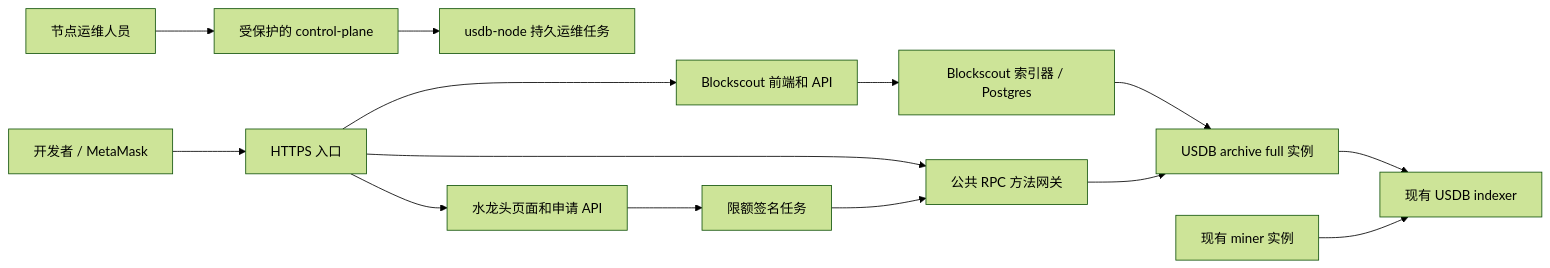
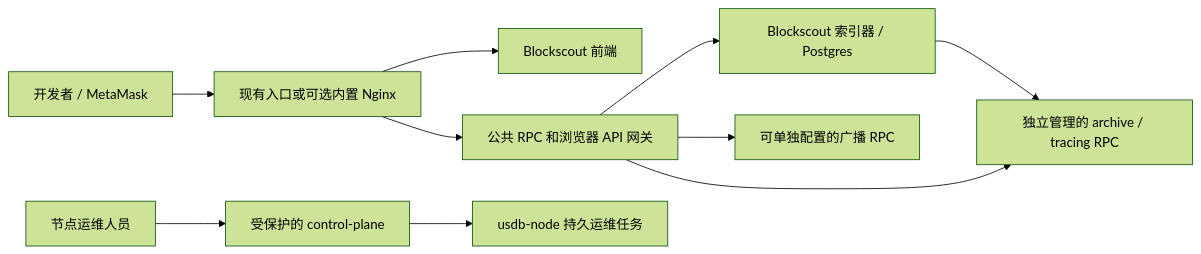
The diagram in doc/publish/usdb-public-testnet-services-plan.md (buckyos/usdb), drawn with Mermaid (forest theme) before and after one commit. The commit also changed other lines of this file and 32 other files, not shown here.

````diff
--- a/doc/publish/usdb-public-testnet-services-plan.md
+++ b/doc/publish/usdb-public-testnet-services-plan.md
@@ -67,16 +76,12 @@
 ```mermaid
 flowchart LR
-    User[开发者 / MetaMask] --> Edge[HTTPS 入口]
-    Edge --> Explorer[Blockscout 前端和 API]
-    Edge --> Gateway[公共 RPC 方法网关]
-    Edge --> Faucet[水龙头页面和申请 API]
-    Explorer --> Indexer[Blockscout 索引器 / Postgres]
-    Indexer --> Archive[USDB archive full 实例]
+    User[开发者 / MetaMask] --> Edge[现有入口或可选内置 Nginx]
+    Edge --> Frontend[Blockscout 前端]
+    Edge --> Gateway[公共 RPC 和浏览器 API 网关]
+    Gateway --> Backend[Blockscout 索引器 / Postgres]
+    Backend --> Archive[独立管理的 archive / tracing RPC]
     Gateway --> Archive
-    Faucet --> Signer[限额签名任务]
-    Signer --> Gateway
-    Archive --> Upstream[现有 USDB indexer]
-    Miner[现有 miner 实例] --> Upstream
+    Gateway --> Writer[可单独配置的广播 RPC]
     Operator[节点运维人员] --> Console[受保护的 control-plane]
     Console --> NodeTasks[usdb-node 持久运维任务]
 ```
````
